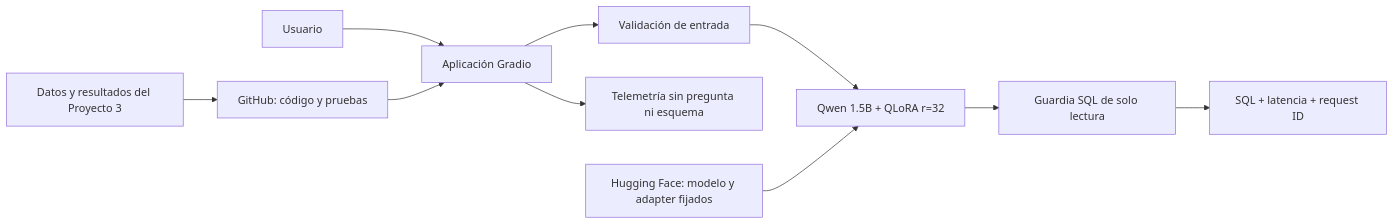
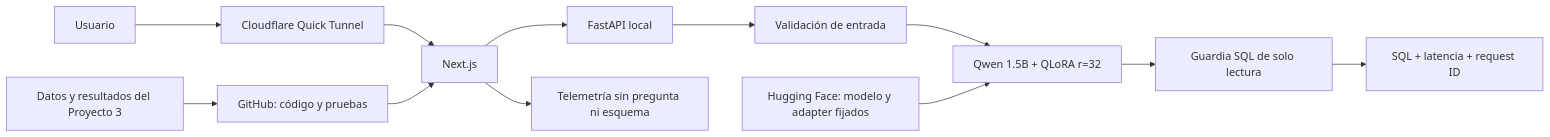
One commit to DanielBarillasM/Proyecto-Final_Grupo-1_DLYSI_Sec-30 changed the diagram in README.md. Above: the diagram before and after it, drawn with Mermaid. The commit also changed other lines of this file and 19 other files, not shown here.

````diff
--- a/README.md
+++ b/README.md
@@ -116,12 +116,14 @@
 ```mermaid
 flowchart LR
-    U[Usuario] --> W[Aplicación Gradio]
-    W --> V[Validación de entrada]
+    U[Usuario] --> C[Cloudflare Quick Tunnel]
+    C --> W[Next.js]
+    W --> A[FastAPI local]
+    A --> V[Validación de entrada]
     V --> M[Qwen 1.5B + QLoRA r=32]
     M --> S[Guardia SQL de solo lectura]
     S --> R[SQL + latencia + request ID]
     W --> L[Telemetría sin pregunta ni esquema]
     G[GitHub: código y pruebas] --> W
     H[Hugging Face: modelo y adapter fijados] --> M
     D[Datos y resultados del Proyecto 3] --> G
 ```
````
